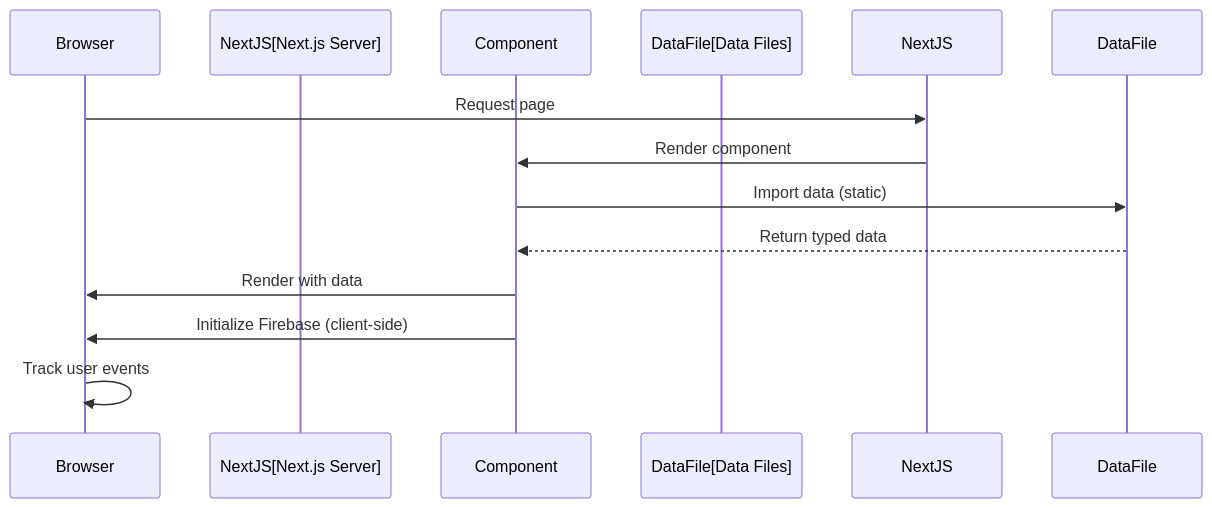
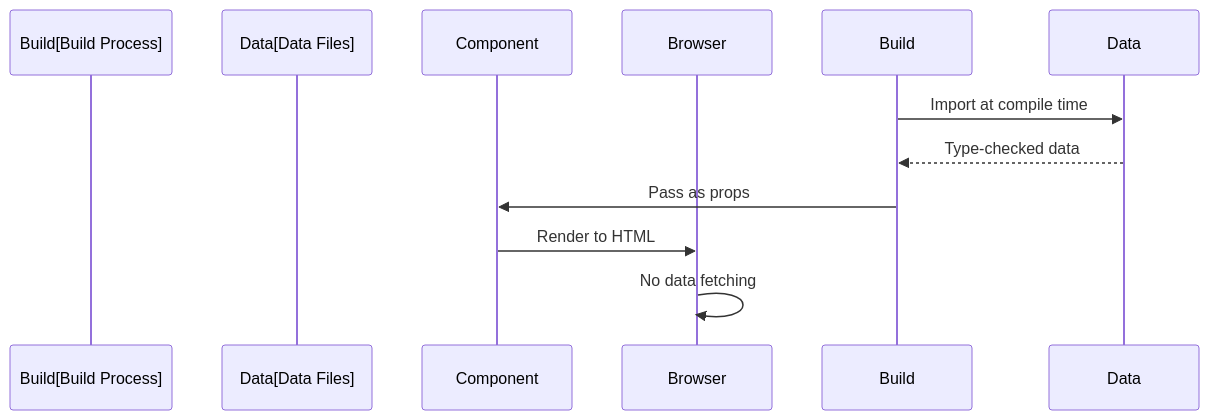
The diagram in docs/architecture/data.md (AlexJSully/AlexJSully-Portfolio), drawn with Mermaid before and after one commit. The commit also changed other lines of this file and 10 other files, not shown here.

````diff
--- a/docs/architecture/data.md
+++ b/docs/architecture/data.md
@@ -22,15 +7,13 @@
 ```mermaid
 sequenceDiagram
+    participant Build[Build Process]
+    participant Data[Data Files]
+    participant Component
     participant Browser
-    participant NextJS[Next.js Server]
-    participant Component
-    participant DataFile[Data Files]
 
-    Browser->>NextJS: Request page
-    NextJS->>Component: Render component
-    Component->>DataFile: Import data (static)
-    DataFile-->>Component: Return typed data
-    Component->>Browser: Render with data
-    Component->>Browser: Initialize Firebase (client-side)
-    Browser->>Browser: Track user events
+    Build->>Data: Import at compile time
+    Data-->>Build: Type-checked data
+    Build->>Component: Pass as props
+    Component->>Browser: Render to HTML
+    Browser->>Browser: No data fetching
 ```
````
